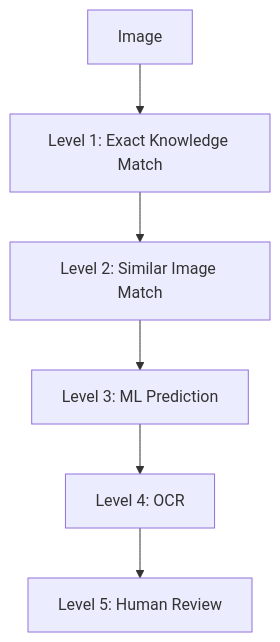
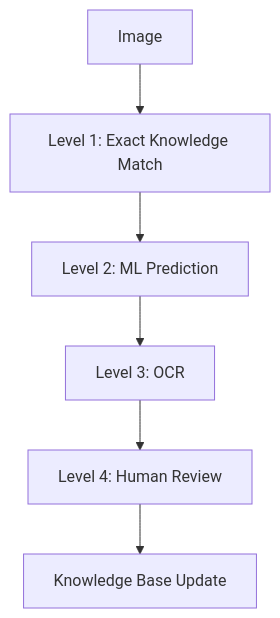
Before and after one commit to gurudevkumar51/piply-opdf: the diagram in wiki/architecture.md, drawn with Mermaid. The commit also changed other lines of this file and 37 other files, not shown here.

````diff
--- a/wiki/architecture.md
+++ b/wiki/architecture.md
@@ -7,8 +9,8 @@
 ```mermaid
 graph TD
     A[Image] --> B[Level 1: Exact Knowledge Match]
-    B --> C[Level 2: Similar Image Match]
-    C --> D[Level 3: ML Prediction]
-    D --> E[Level 4: OCR]
-    E --> F[Level 5: Human Review]
+    B --> C[Level 2: ML Prediction]
+    C --> D[Level 3: OCR]
+    D --> E[Level 4: Human Review]
+    E --> F[Knowledge Base Update]
 ```
````
